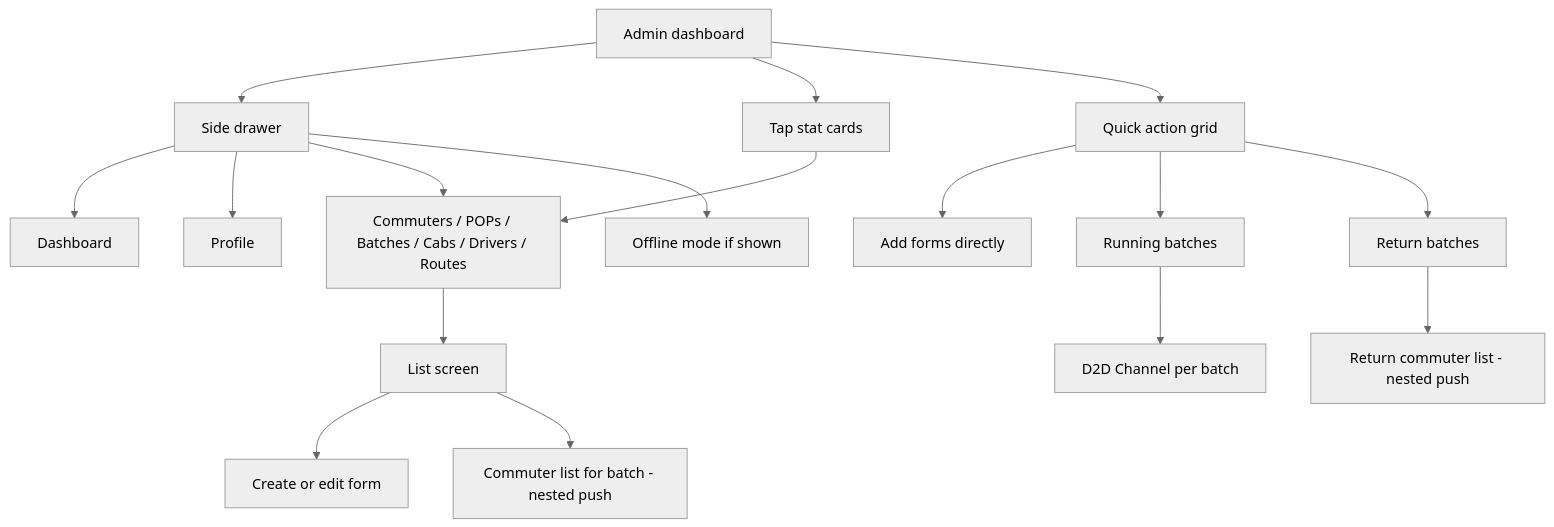
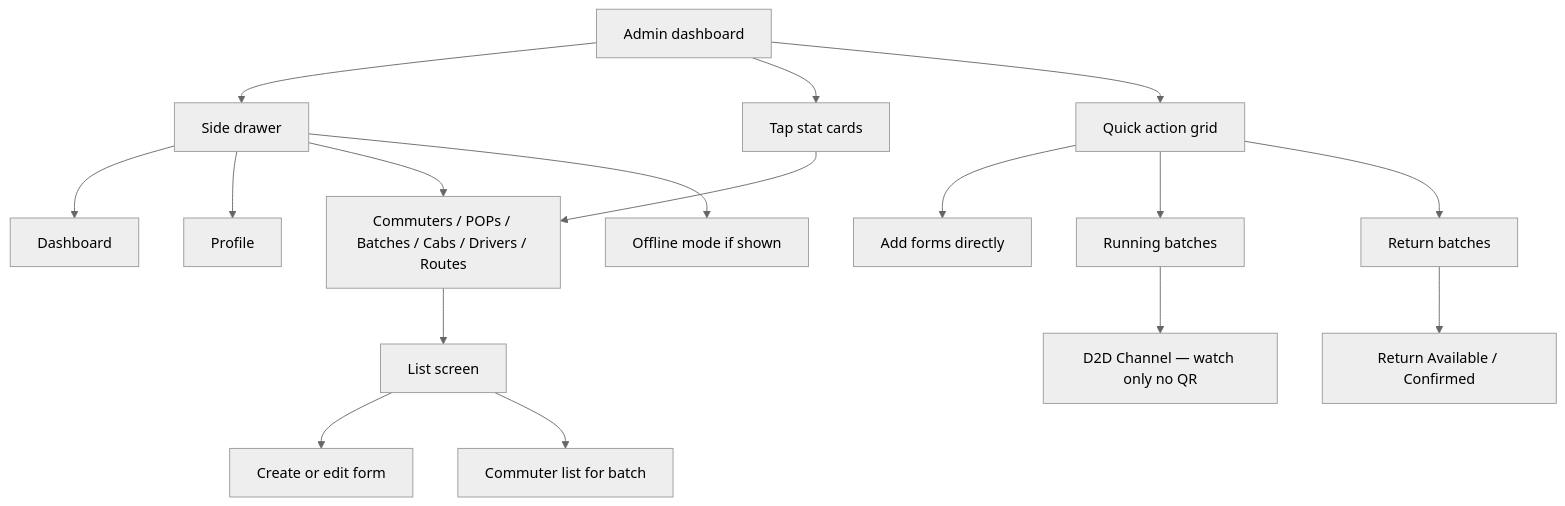
Before and after one commit to professorbhakta/cts_beta: the second of 3 diagrams in docs/FLOWS_BY_ROLE.md, drawn with Mermaid (neutral theme). The commit also changed other lines of this file and 175 other files, not shown here.

````diff
--- a/docs/FLOWS_BY_ROLE.md
+++ b/docs/FLOWS_BY_ROLE.md
@@ -17,23 +53,23 @@
 ```mermaid
 flowchart TD
   home[Admin dashboard]
   home --> drawer[Side drawer]
   home --> stats[Tap stat cards]
   home --> quick[Quick action grid]
 
   drawer --> d1[Dashboard]
   drawer --> d2[Profile]
   drawer --> d3[Commuters / POPs / Batches / Cabs / Drivers / Routes]
   drawer --> d4[Offline mode if shown]
 
   stats --> d3
   quick --> forms[Add forms directly]
   quick --> running[Running batches]
   quick --> returnB[Return batches]
 
-  running --> d2d[D2D Channel per batch]
+  running --> d2d[D2D Channel — watch only no QR]
   d3 --> list[List screen]
   list --> form[Create or edit form]
-  list --> nested[Commuter list for batch - nested push]
-  returnB --> returnList[Return commuter list - nested push]
+  list --> nested[Commuter list for batch]
+  returnB --> returnList[Return Available / Confirmed]
 ```
````
